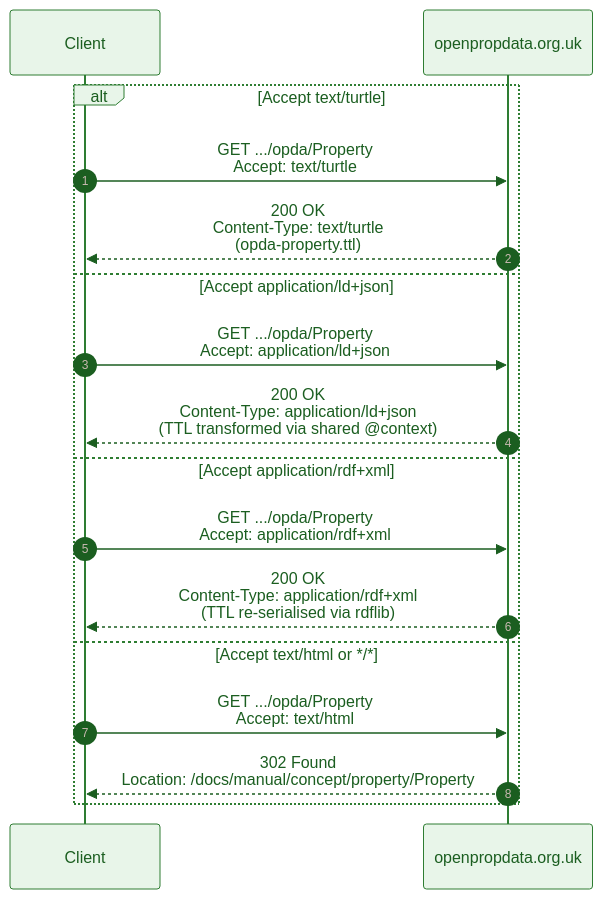
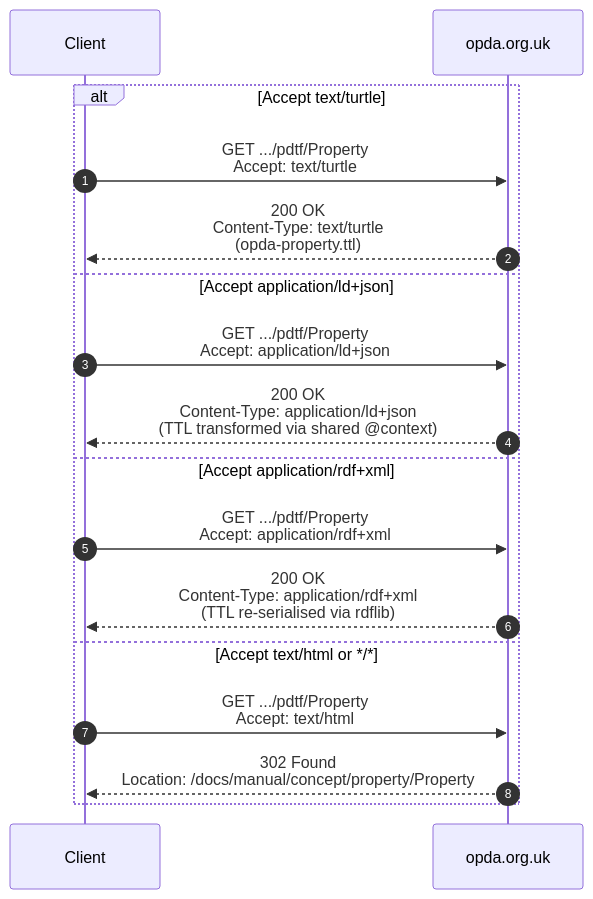
The diagram in docs/manual/physical-database/content-negotiation/README.md (sparkling/opda), drawn with Mermaid before and after one commit. The commit also changed other lines of this file and 4 other files, not shown here.

````diff
--- a/docs/manual/physical-database/content-negotiation/README.md
+++ b/docs/manual/physical-database/content-negotiation/README.md
@@ -37,24 +14,23 @@
 ```mermaid
-%%{init: {"theme": "base", "themeVariables": {"primaryColor": "#E8F5E9", "primaryTextColor": "#1B5E20", "primaryBorderColor": "#2E7D32", "lineColor": "#37474F"}}}%%
 sequenceDiagram
     autonumber
     accTitle: Accept-header content-negotiation flow
-    accDescr: Shows the four Accept-header response paths the deployment supports (Turtle JSON-LD RDF-XML HTML) and which source the server returns for each.
+    accDescr: Shows the four Accept-header response paths the deployment supports (Turtle, JSON-LD, RDF/XML, HTML) and which source the opda.org.uk origin returns for each.
 
     participant C as Client
-    participant S as openpropdata.org.uk
+    participant S as opda.org.uk
 
     alt Accept text/turtle
-        C->>S: GET .../opda/Property<br/>Accept: text/turtle
+        C->>S: GET .../pdtf/Property<br/>Accept: text/turtle
         S-->>C: 200 OK<br/>Content-Type: text/turtle<br/>(opda-property.ttl)
     else Accept application/ld+json
-        C->>S: GET .../opda/Property<br/>Accept: application/ld+json
+        C->>S: GET .../pdtf/Property<br/>Accept: application/ld+json
         S-->>C: 200 OK<br/>Content-Type: application/ld+json<br/>(TTL transformed via shared @context)
     else Accept application/rdf+xml
-        C->>S: GET .../opda/Property<br/>Accept: application/rdf+xml
+        C->>S: GET .../pdtf/Property<br/>Accept: application/rdf+xml
         S-->>C: 200 OK<br/>Content-Type: application/rdf+xml<br/>(TTL re-serialised via rdflib)
     else Accept text/html or */*
-        C->>S: GET .../opda/Property<br/>Accept: text/html
+        C->>S: GET .../pdtf/Property<br/>Accept: text/html
         S-->>C: 302 Found<br/>Location: /docs/manual/concept/property/Property
     end
 ```
````
